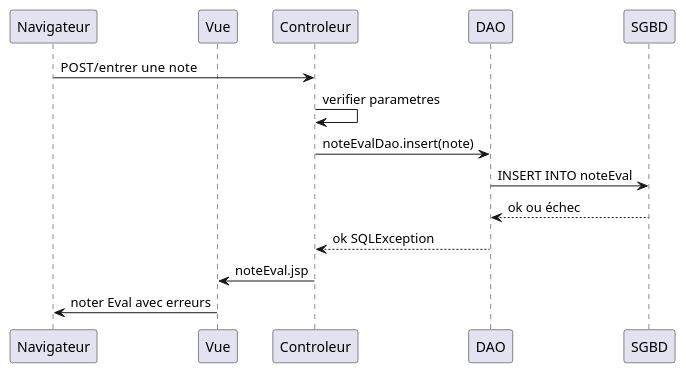
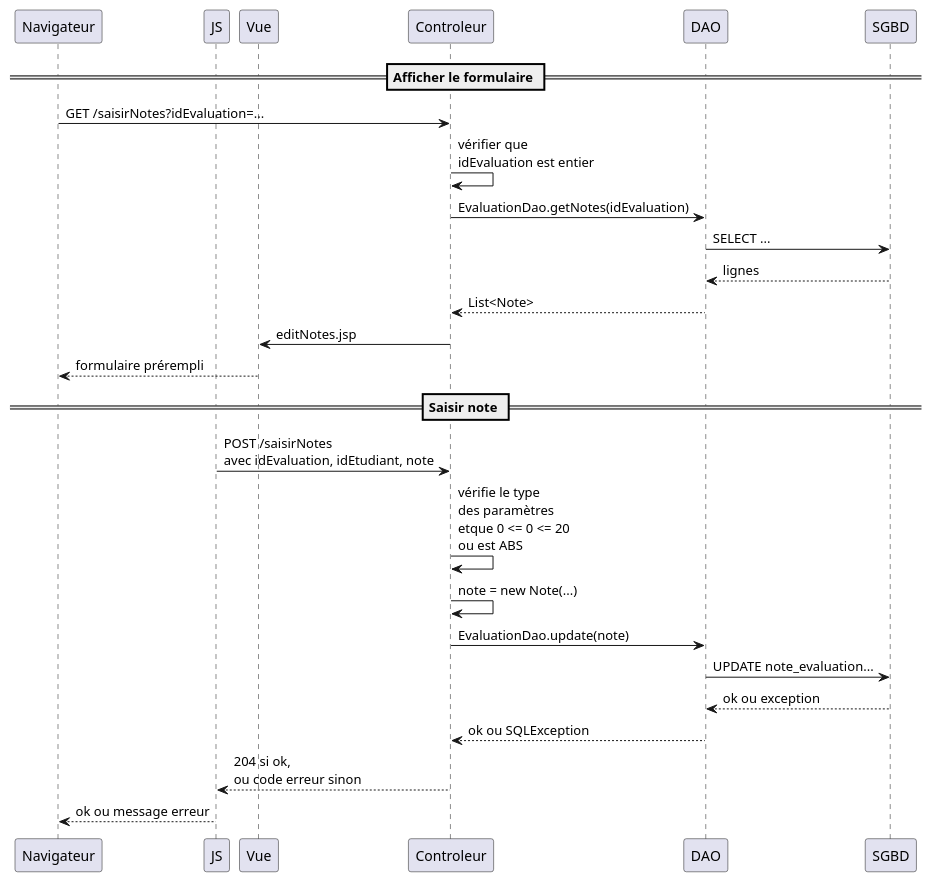
The diagram in src/main/uml/saisir_note.puml (michel-plasse/SIOMassy2022), drawn with PlantUML before and after one commit.

Commit message:
Revoie saisir_note.puml

```diff
--- a/src/main/uml/saisir_note.puml
+++ b/src/main/uml/saisir_note.puml
@@ -1,22 +1,26 @@
 @startuml
 participant Navigateur
+participant JS
 participant Vue
 
-Navigateur->Controleur: POST/entrer une  note
+== Afficher le formulaire ==
+Navigateur -> Controleur: GET /saisirNotes?idEvaluation=...
+Controleur -> Controleur: vérifier que\nidEvaluation est entier
+Controleur -> DAO: EvaluationDao.getNotes(idEvaluation)
+DAO -> SGBD: SELECT ...
+SGBD --> DAO: lignes
+DAO --> Controleur: List<Note>
+Controleur -> Vue: editNotes.jsp
+Vue --> Navigateur: formulaire prérempli
 
-Controleur->Controleur:verifier parametres
-
-Controleur->DAO: noteEvalDao.insert(note)
-
-DAO->SGBD: INSERT INTO noteEval
-
-SGBD-->DAO: ok ou échec
-
-DAO-->Controleur: ok SQLException
-
-Controleur->Vue:noteEval.jsp
-
-Vue->Navigateur:noter Eval avec erreurs
-
-
+== Saisir note ==
+JS -> Controleur: POST /saisirNotes\navec idEvaluation, idEtudiant, note
+Controleur -> Controleur: vérifie le type\ndes paramètres\netque 0 <= 0 <= 20\nou est ABS
+Controleur -> Controleur: note = new Note(...)
+Controleur -> DAO: EvaluationDao.update(note)
+DAO -> SGBD: UPDATE note_evaluation...
+SGBD --> DAO: ok ou exception
+DAO --> Controleur: ok ou SQLException
+Controleur --> JS: 204 si ok,\nou code erreur sinon
+JS --> Navigateur: ok ou message erreur
 @enduml
```
